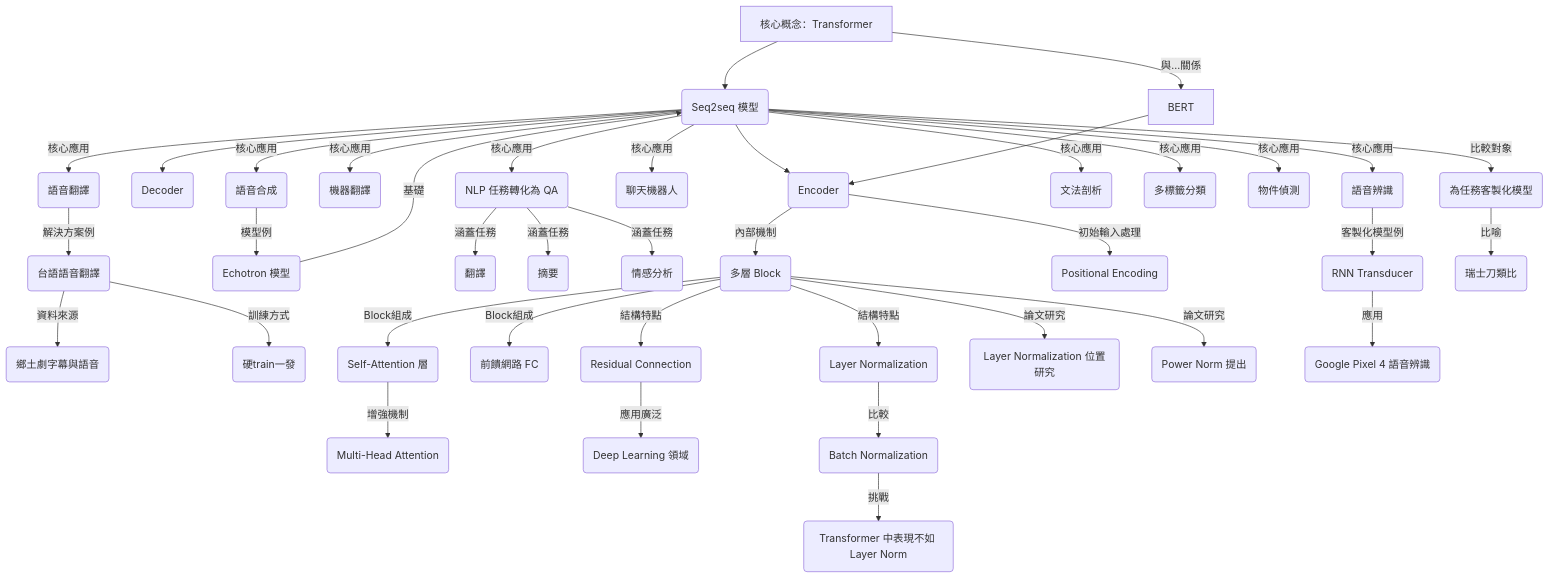
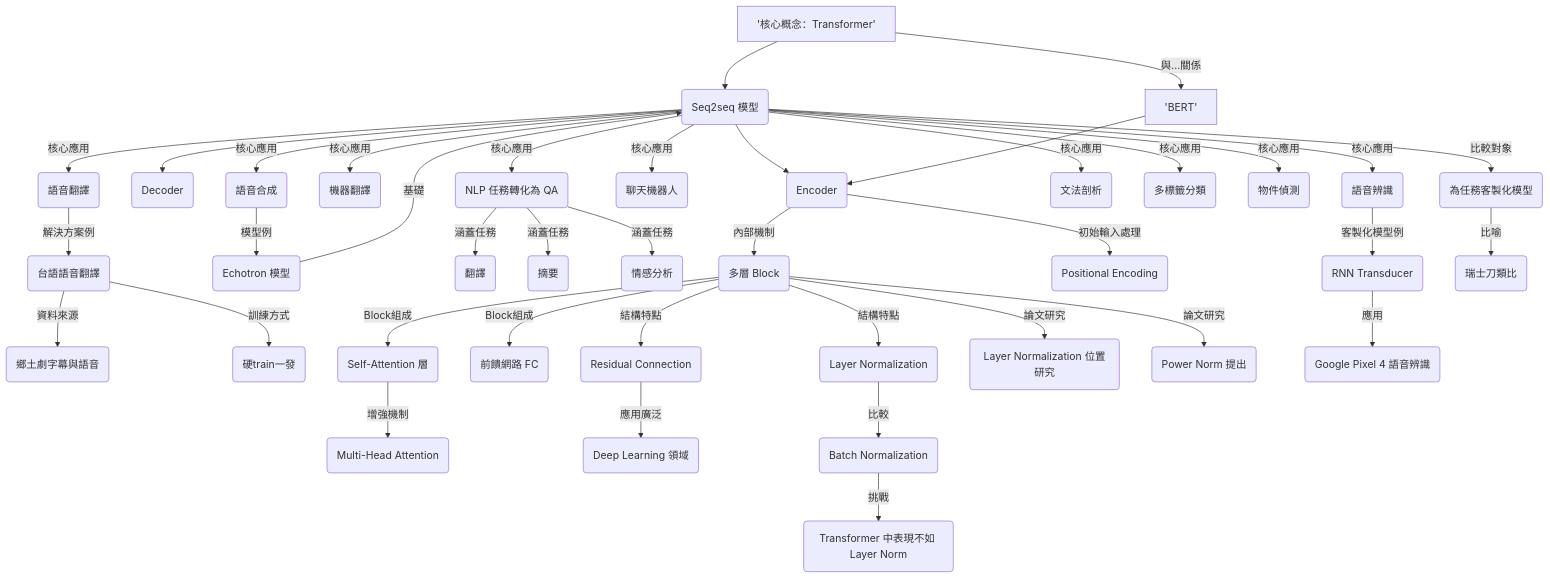
Before and after one commit to leo02311/ml2021-notes: the diagram in content/ml2021_video18_notes.md, drawn with Mermaid. The commit also changed 19 other files, not shown here.

Commit message:
fix: resolve mermaid syntax errors in generated notes

````diff
--- a/content/ml2021_video18_notes.md
+++ b/content/ml2021_video18_notes.md
@@ -136,52 +136,52 @@
 ```mermaid
 graph TD
-    A["核心概念：Transformer"] --> B("Seq2seq 模型")
+    A['核心概念：Transformer'] --> B("Seq2seq 模型")
     B --> C1("Encoder")
     B --> C2("Decoder")
 
-    A -- 與...關係 --> D["BERT"]
+    A -- 與...關係 --> D['BERT']
     D --> C1("Encoder")
 
     B -- "核心應用" --> E1("語音辨識")
     B -- "核心應用" --> E2("機器翻譯")
     B -- "核心應用" --> E3("語音翻譯")
     B -- "核心應用" --> E4("語音合成")
     B -- "核心應用" --> E5("聊天機器人")
     B -- "核心應用" --> E6("NLP 任務轉化為 QA")
     B -- "核心應用" --> E7("文法剖析")
     B -- "核心應用" --> E8("多標籤分類")
     B -- "核心應用" --> E9("物件偵測")
 
     E3 -- "解決方案例" --> F1("台語語音翻譯")
     F1 -- "資料來源" --> G1("鄉土劇字幕與語音")
     F1 -- "訓練方式" --> H1("硬train一發")
 
     E4 -- "模型例" --> I1("Echotron 模型")
     I1 -- "基礎" --> B("Seq2seq 模型")
 
     E6 -- "涵蓋任務" --> J1("翻譯")
     E6 -- "涵蓋任務" --> J2("摘要")
     E6 -- "涵蓋任務" --> J3("情感分析")
 
     C1("Encoder") -- "內部機制" --> K1("多層 Block")
     K1 -- "Block組成" --> L1("Self-Attention 層")
     K1 -- "Block組成" --> L2("前饋網路 FC")
 
     L1 -- "增強機制" --> M1("Multi-Head Attention")
     K1 -- "結構特點" --> N1("Residual Connection")
     K1 -- "結構特點" --> N2("Layer Normalization")
     C1("Encoder") -- "初始輸入處理" --> O1("Positional Encoding")
 
     N1 -- "應用廣泛" --> P1("Deep Learning 領域")
     N2 -- "比較" --> Q1("Batch Normalization")
     Q1 -- "挑戰" --> R1("Transformer 中表現不如 Layer Norm")
 
     K1 -- "論文研究" --> S1("Layer Normalization 位置研究")
     K1 -- "論文研究" --> S2("Power Norm 提出")
 
     E1 -- "客製化模型例" --> T1("RNN Transducer")
     T1 -- "應用" --> U1("Google Pixel 4 語音辨識")
 
     B -- "比較對象" --> V1("為任務客製化模型")
     V1 -- "比喻" --> W1("瑞士刀類比")
 ```
````
